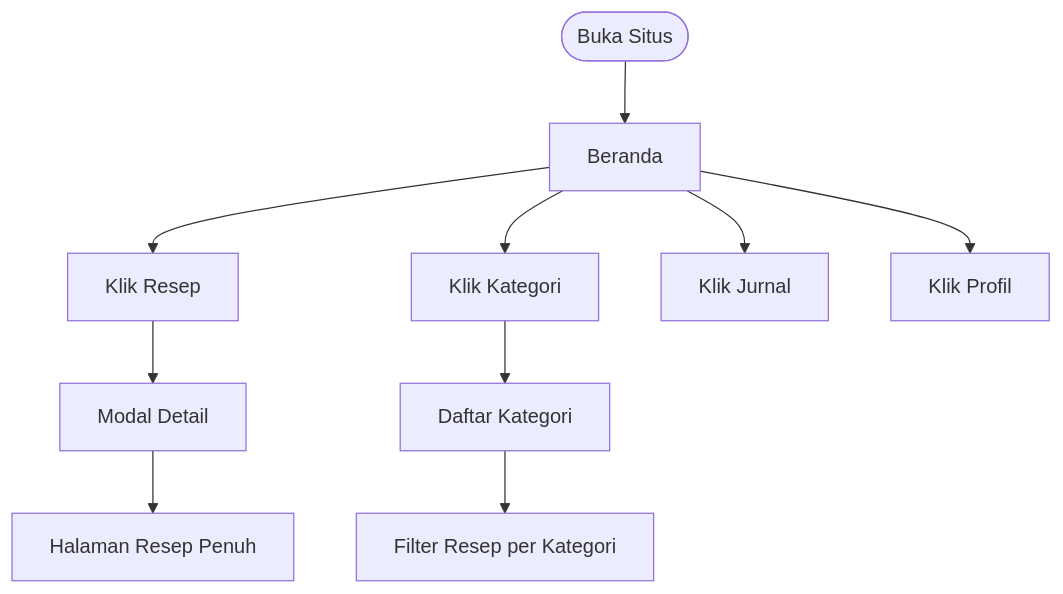
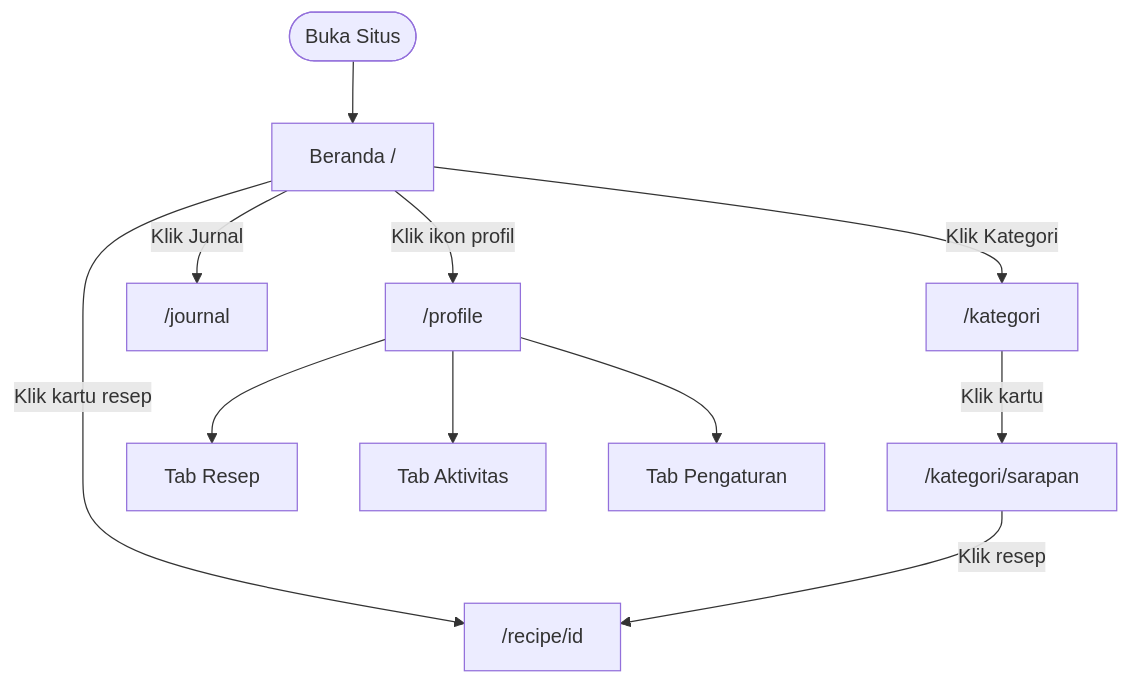
One commit to nabilkencana/Resep-Makanan-Frontend changed the diagram in simple_guide.md. Above: the diagram before and after it, drawn with Mermaid. The commit also changed other lines of this file and 1 other file, not shown here.

Commit message:
docs: update technical and simple project guides with detailed architecture and component information

````diff
--- a/simple_guide.md
+++ b/simple_guide.md
@@ -39,12 +52,13 @@
 ```mermaid
 graph TD
-    A([Buka Situs]) --> B[Beranda]
-    B --> C[Klik Resep]
-    B --> D[Klik Kategori]
-    B --> E[Klik Jurnal]
-    B --> F[Klik Profil]
-    C --> G[Modal Detail]
-    G --> H[Halaman Resep Penuh]
-    D --> I[Daftar Kategori]
-    I --> J[Filter Resep per Kategori]
+    A(["Buka Situs"]) --> B["Beranda /"]
+    B -->|Klik kartu resep| C["/recipe/id"]
+    B -->|Klik Kategori| D["/kategori"]
+    B -->|Klik Jurnal| E["/journal"]
+    B -->|Klik ikon profil| F["/profile"]
+    D -->|Klik kartu| G["/kategori/sarapan"]
+    G -->|Klik resep| C
+    F --> H["Tab Resep"]
+    F --> I["Tab Aktivitas"]
+    F --> J["Tab Pengaturan"]
 ```
````
